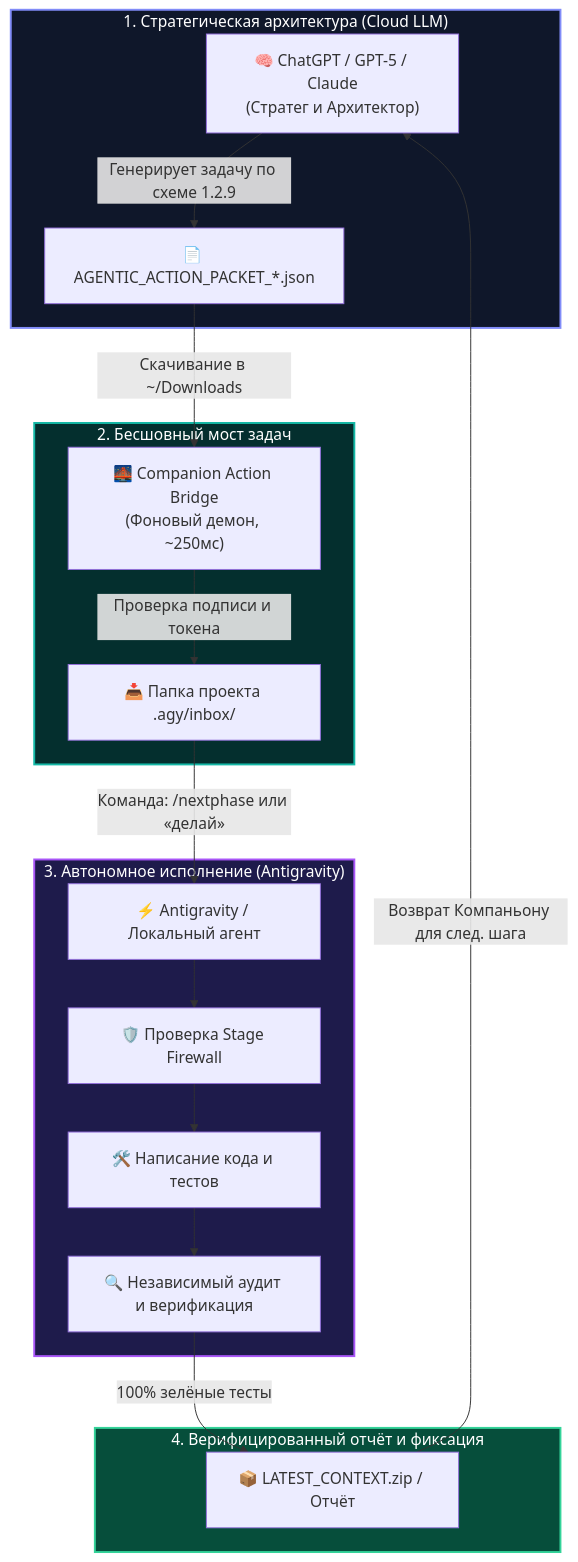
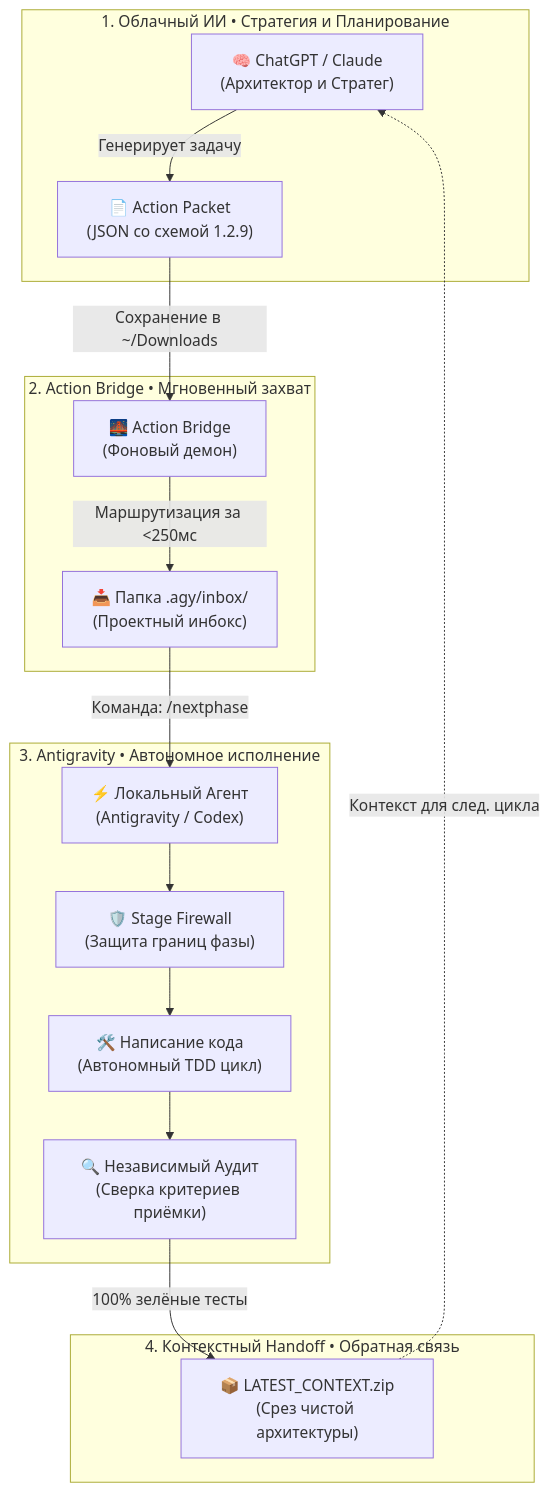
One commit to 0xAgentive/agentic-pipeline changed the diagram in README.ru.md. Above: the diagram before and after it, drawn with Mermaid. The commit also changed other lines of this file and 4 other files, not shown here.

Commit message:
docs(diagrams): fix Mermaid text clipping artifacts and add crisp ASCII lifecycle card

````diff
--- a/README.ru.md
+++ b/README.ru.md
@@ -78,28 +58,31 @@
 ```mermaid
 flowchart TD
-    subgraph Strat["1. Стратегическая архитектура (Cloud LLM)"]
-        A["🧠 ChatGPT / GPT-5 / Claude<br/>(Стратег и Архитектор)"] -->|"Генерирует задачу по схеме 1.2.9"| B["📄 AGENTIC_ACTION_PACKET_*.json"]
+    subgraph S1["1. Облачный ИИ • Стратегия и Планирование"]
+        A["🧠 ChatGPT / Claude<br/>(Архитектор и Стратег)"]
+        B["📄 Action Packet<br/>(JSON со схемой 1.2.9)"]
+        A -->|"Генерирует задачу"| B
     end
 
-    subgraph Bridge["2. Бесшовный мост задач"]
-        B -->|"Скачивание в ~/Downloads"| C["🌉 Companion Action Bridge<br/>(Фоновый демон, ~250мс)"]
-        C -->|"Проверка подписи и токена"| D["📥 Папка проекта .agy/inbox/"]
+    subgraph S2["2. Action Bridge • Мгновенный захват"]
+        C["🌉 Action Bridge<br/>(Фоновый демон)"]
+        D["📥 Папка .agy/inbox/<br/>(Проектный инбокс)"]
+        C -->|"Маршрутизация за &lt;250мс"| D
     end
 
-    subgraph Exec["3. Автономное исполнение (Antigravity)"]
-        D -->|"Команда: /nextphase или «делай»"| E["⚡ Antigravity / Локальный агент"]
-        E --> F["🛡️ Проверка Stage Firewall"]
-        F --> G["🛠️ Написание кода и тестов"]
-        G --> H["🔍 Независимый аудит и верификация"]
+    subgraph S3["3. Antigravity • Автономное исполнение"]
+        E["⚡ Локальный Агент<br/>(Antigravity / Codex)"]
+        F["🛡️ Stage Firewall<br/>(Защита границ фазы)"]
+        G["🛠️ Написание кода<br/>(Автономный TDD цикл)"]
+        H["🔍 Независимый Аудит<br/>(Сверка критериев приёмки)"]
+        E --> F --> G --> H
     end
 
-    subgraph Handoff["4. Верифицированный отчёт и фиксация"]
-        H -->|"100% зелёные тесты"| I["📦 LATEST_CONTEXT.zip / Отчёт"]
-        I -->|"Возврат Компаньону для след. шага"| A
+    subgraph S4["4. Контекстный Handoff • Обратная связь"]
+        I["📦 LATEST_CONTEXT.zip<br/>(Срез чистой архитектуры)"]
     end
 
-    style Strat fill:#0f172a,stroke:#818cf8,stroke-width:2px,color:#fff
-    style Bridge fill:#042f2e,stroke:#14b8a6,stroke-width:2px,color:#fff
-    style Exec fill:#1e1b4b,stroke:#a855f7,stroke-width:2px,color:#fff
-    style Handoff fill:#064e3b,stroke:#34d399,stroke-width:2px,color:#fff
+    B -->|"Сохранение в ~/Downloads"| C
+    D -->|"Команда: /nextphase"| E
+    H -->|"100% зелёные тесты"| I
+    I -.->|"Контекст для след. цикла"| A
 ```
````
